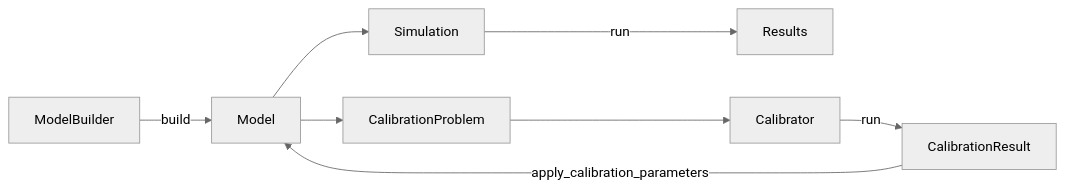
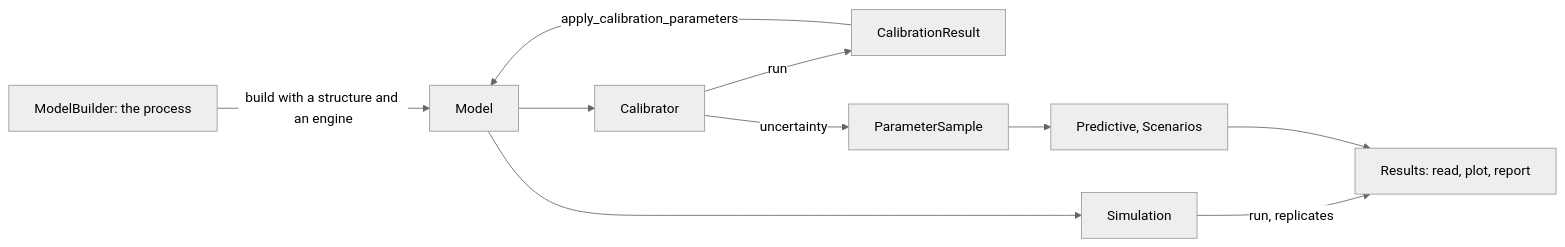
The diagram in docs/index.md (MUNQU/commol), drawn with Mermaid (neutral theme) before and after one commit. The commit also changed other lines of this file and 33 other files, not shown here.

````diff
--- a/docs/index.md
+++ b/docs/index.md
@@ -28,10 +31,12 @@
 ```mermaid
 flowchart LR
-    A[ModelBuilder] -->|build| B[Model]
+    A[ModelBuilder: the process] -->|build with a structure and an engine| B[Model]
     B --> C[Simulation]
-    C -->|run| D[Results]
-    B --> E[CalibrationProblem]
-    E --> F[Calibrator]
-    F -->|run| G[CalibrationResult]
-    G -->|apply_calibration_parameters| B
+    C -->|run, replicates| D[Results: read, plot, report]
+    B --> E[Calibrator]
+    E -->|run| F[CalibrationResult]
+    F -->|apply_calibration_parameters| B
+    E -->|uncertainty| G[ParameterSample]
+    G --> H[Predictive, Scenarios]
+    H --> D
 ```
````
